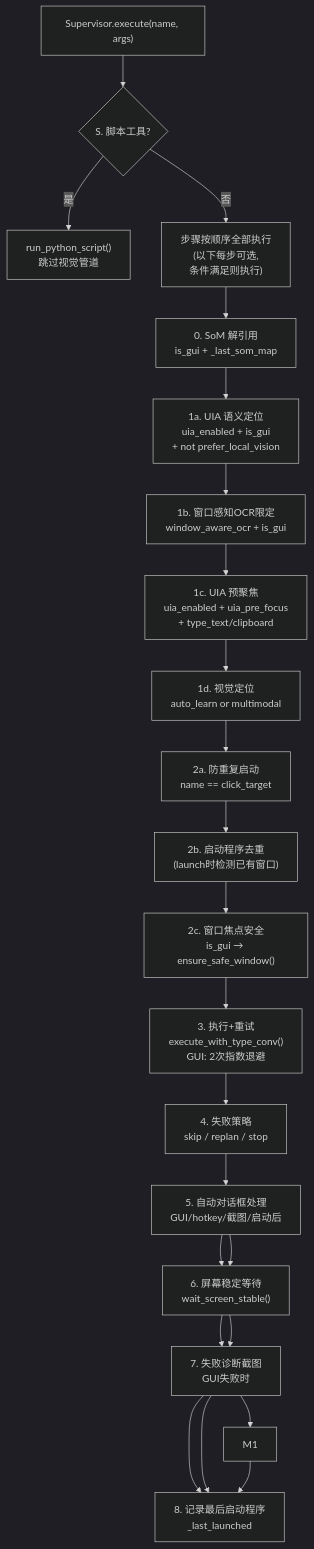
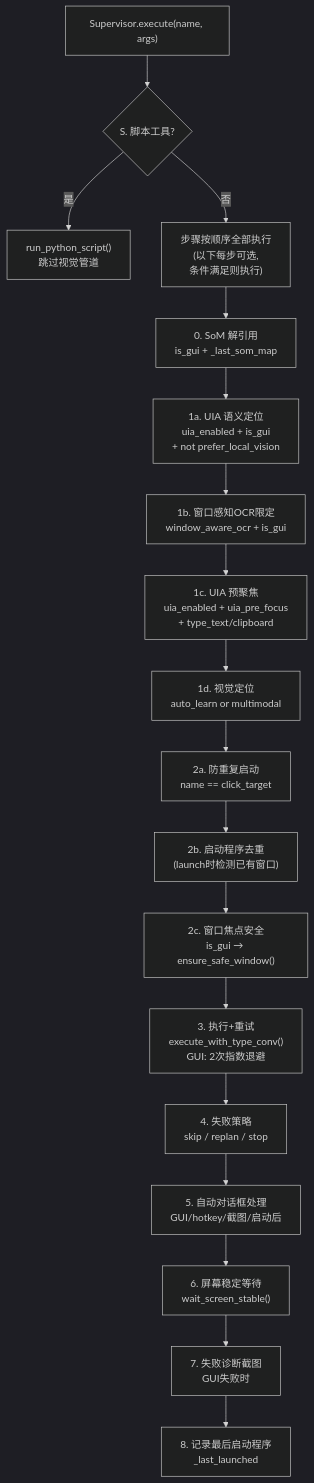
The third of 5 diagrams in docs/agent-runtime.md (zoujiapeng/lingdong-script), drawn with Mermaid (dark theme) before and after one commit. The commit also changed other lines of this file and 32 other files, not shown here.

````diff
--- a/docs/agent-runtime.md
+++ b/docs/agent-runtime.md
@@ -158,26 +149,21 @@
 ```mermaid
 flowchart TD
     A["Supervisor.execute(name, args)"] --> B{"S. 脚本工具?"}
     B -->|是| B1["run_python_script()<br/>跳过视觉管道"]
     B -->|否| C0["步骤按顺序全部执行<br/>(以下每步可选,<br/>条件满足则执行)"]
     
     C0 --> C["0. SoM 解引用<br/>is_gui + _last_som_map"]
     C --> D["1a. UIA 语义定位<br/>uia_enabled + is_gui<br/>+ not prefer_local_vision"]
     D --> E["1b. 窗口感知OCR限定<br/>window_aware_ocr + is_gui"]
     E --> F["1c. UIA 预聚焦<br/>uia_enabled + uia_pre_focus<br/>+ type_text/clipboard"]
     F --> G["1d. 视觉定位<br/>auto_learn or multimodal"]
     G --> H2a["2a. 防重复启动<br/>name == click_target"]
     H2a --> H2b["2b. 启动程序去重<br/>(launch时检测已有窗口)"]
     H2b --> H2c["2c. 窗口焦点安全<br/>is_gui → ensure_safe_window()"]
     H2c --> I["3. 执行+重试<br/>execute_with_type_conv()<br/>GUI: 2次指数退避"]
     I --> J["4. 失败策略<br/>skip / replan / stop"]
     J --> K["5. 自动对话框处理<br/>GUI/hotkey/截图/启动后"]
     K --> L["6. 屏幕稳定等待<br/>wait_screen_stable()"]
     L --> M["7. 失败诊断截图<br/>GUI失败时"]
     M --> N["8. 记录最后启动程序<br/>_last_launched"]
-    K --> L
-    L --> M
-    M --> M1
-    M --> N
-    M1 --> N
 ```
````
